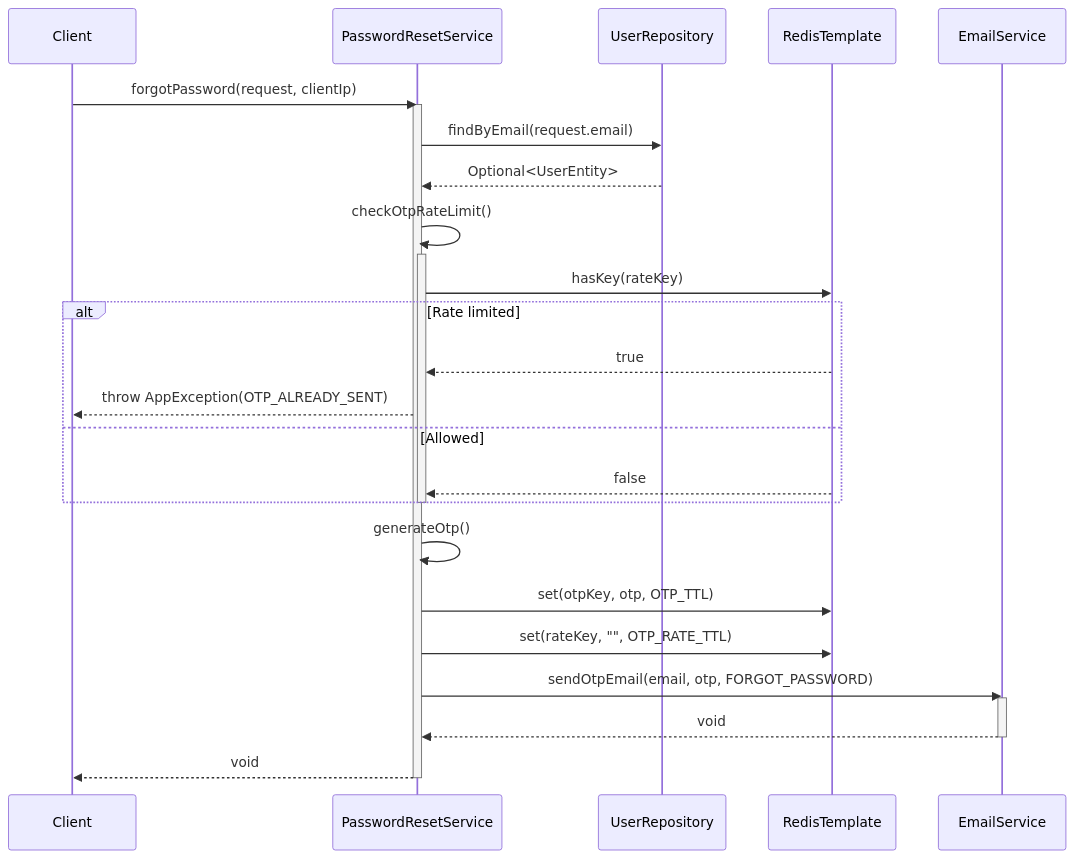
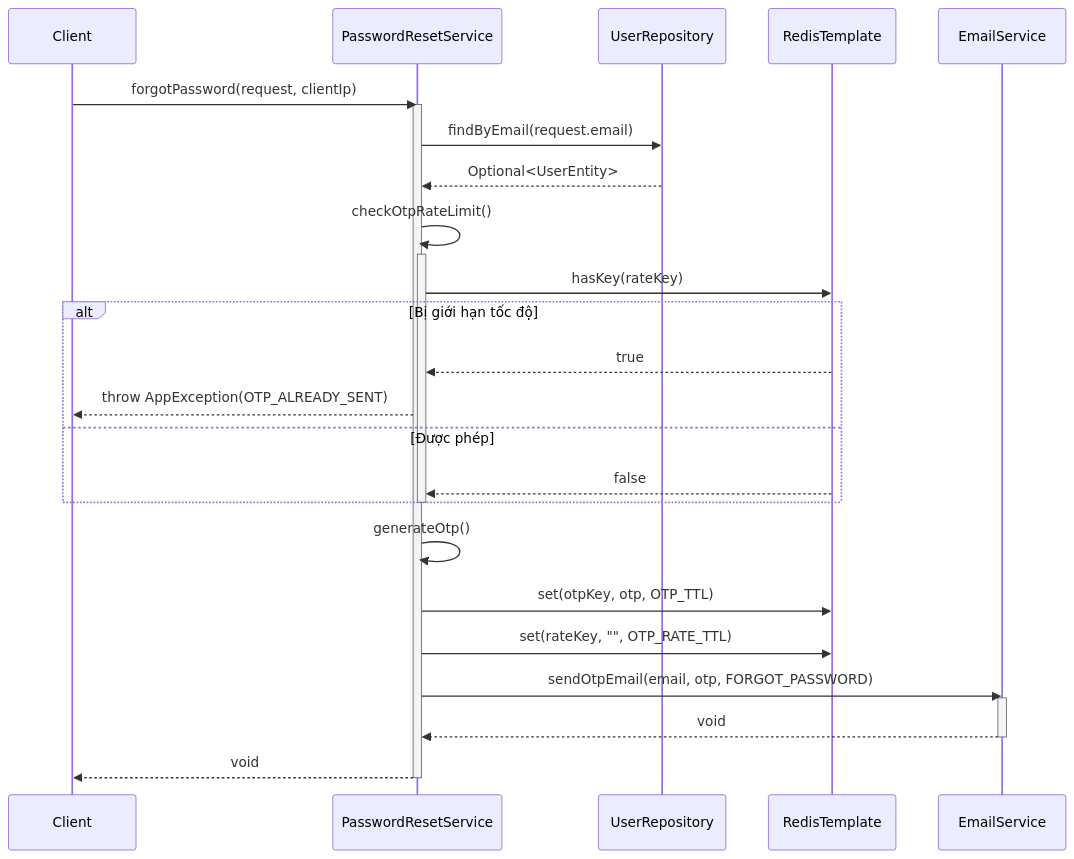
One commit to aquoc09/easymall changed the third of 10 diagrams in .agent/sequence/auth_services_sequence_diagrams.md. Above: the diagram before and after it, drawn with Mermaid. The commit also changed other lines of this file and 18 other files, not shown here.

Commit message:
UPDATE: Sequence diagram vietnamese

````diff
--- a/.agent/sequence/auth_services_sequence_diagrams.md
+++ b/.agent/sequence/auth_services_sequence_diagrams.md
@@ -96,38 +96,38 @@
 ```mermaid
 sequenceDiagram
     participant Client
     participant PasswordResetService
     participant UserRepository
     participant RedisTemplate
     participant EmailService
 
     Client->>PasswordResetService: forgotPassword(request, clientIp)
     activate PasswordResetService
 
     PasswordResetService->>UserRepository: findByEmail(request.email)
     UserRepository-->>PasswordResetService: Optional<UserEntity>
     
     PasswordResetService->>PasswordResetService: checkOtpRateLimit()
     activate PasswordResetService
     PasswordResetService->>RedisTemplate: hasKey(rateKey)
-    alt Rate limited
+    alt Bị giới hạn tốc độ
         RedisTemplate-->>PasswordResetService: true
         PasswordResetService-->>Client: throw AppException(OTP_ALREADY_SENT)
-    else Allowed
+    else Được phép
         RedisTemplate-->>PasswordResetService: false
     end
     deactivate PasswordResetService
 
     PasswordResetService->>PasswordResetService: generateOtp()
     
     PasswordResetService->>RedisTemplate: set(otpKey, otp, OTP_TTL)
     PasswordResetService->>RedisTemplate: set(rateKey, "", OTP_RATE_TTL)
     
     PasswordResetService->>EmailService: sendOtpEmail(email, otp, FORGOT_PASSWORD)
     activate EmailService
     EmailService-->>PasswordResetService: void
     deactivate EmailService
 
     PasswordResetService-->>Client: void
     deactivate PasswordResetService
 ```
````
